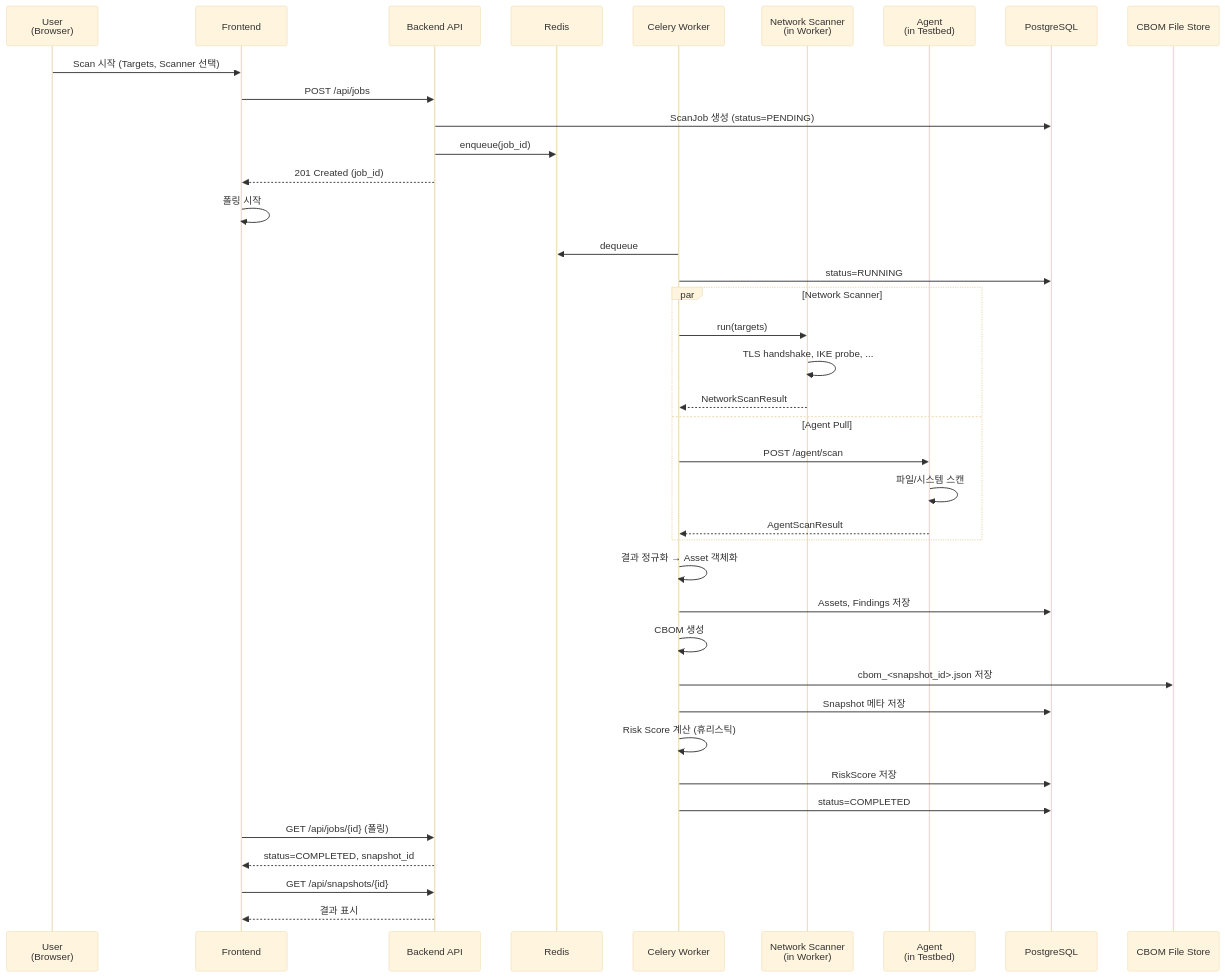
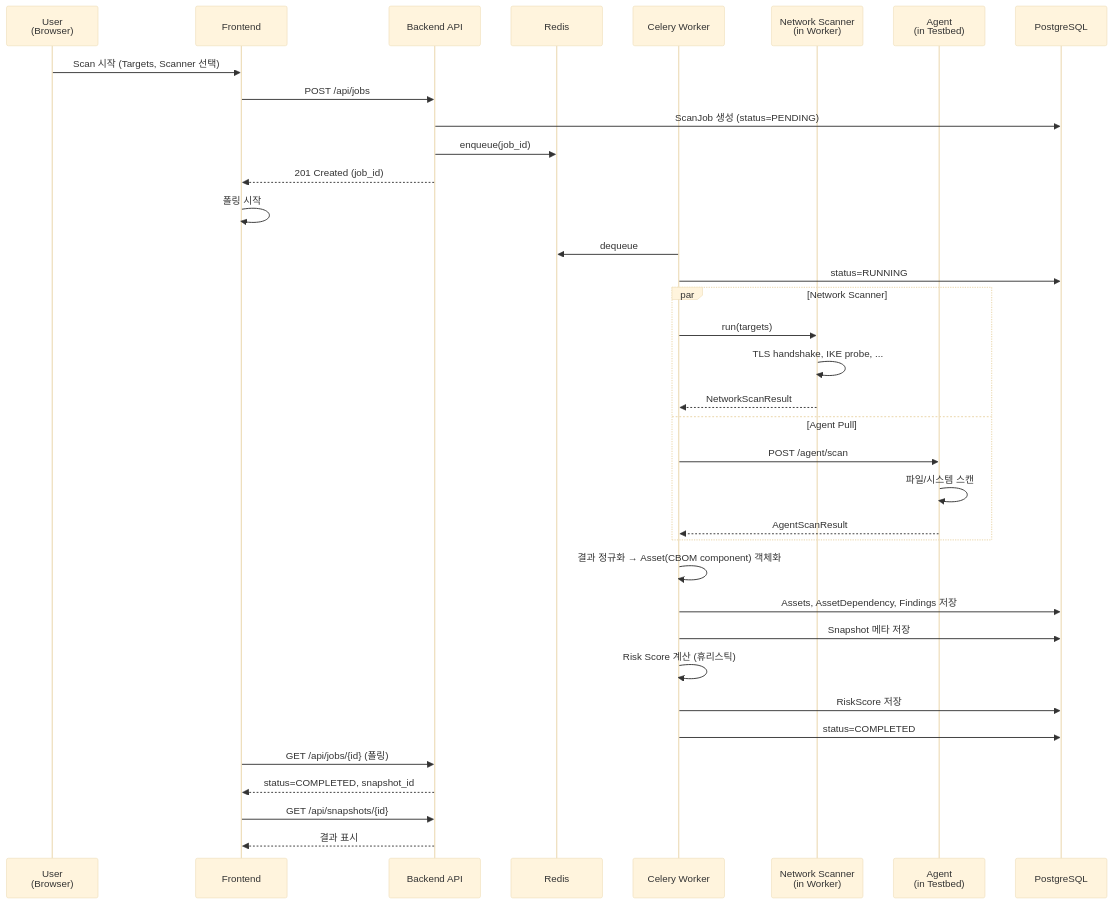
Before and after one commit to ehdgks0627/crypto-scanner: the third of 4 diagrams in docs/01-architecture.md, drawn with Mermaid (base theme). The commit also changed other lines of this file and 29 other files, not shown here.

Commit message:
Refactor assets as CBOM components

````diff
--- a/docs/01-architecture.md
+++ b/docs/01-architecture.md
@@ -105,45 +102,42 @@
 ```mermaid
 sequenceDiagram
     participant U as User<br/>(Browser)
     participant F as Frontend
     participant B as Backend API
     participant R as Redis
     participant W as Celery Worker
     participant N as Network Scanner<br/>(in Worker)
     participant A as Agent<br/>(in Testbed)
     participant DB as PostgreSQL
-    participant FS as CBOM File Store
 
     U->>F: Scan 시작 (Targets, Scanner 선택)
     F->>B: POST /api/jobs
     B->>DB: ScanJob 생성 (status=PENDING)
     B->>R: enqueue(job_id)
     B-->>F: 201 Created (job_id)
     F->>F: 폴링 시작
 
     W->>R: dequeue
     W->>DB: status=RUNNING
     par Network Scanner
         W->>N: run(targets)
         N->>N: TLS handshake, IKE probe, ...
         N-->>W: NetworkScanResult
     and Agent Pull
         W->>A: POST /agent/scan
         A->>A: 파일/시스템 스캔
         A-->>W: AgentScanResult
     end
 
-    W->>W: 결과 정규화 → Asset 객체화
-    W->>DB: Assets, Findings 저장
-    W->>W: CBOM 생성
-    W->>FS: cbom_<snapshot_id>.json 저장
+    W->>W: 결과 정규화 → Asset(CBOM component) 객체화
+    W->>DB: Assets, AssetDependency, Findings 저장
     W->>DB: Snapshot 메타 저장
     W->>W: Risk Score 계산 (휴리스틱)
     W->>DB: RiskScore 저장
     W->>DB: status=COMPLETED
 
     F->>B: GET /api/jobs/{id} (폴링)
     B-->>F: status=COMPLETED, snapshot_id
     F->>B: GET /api/snapshots/{id}
     B-->>F: 결과 표시
 ```
````
